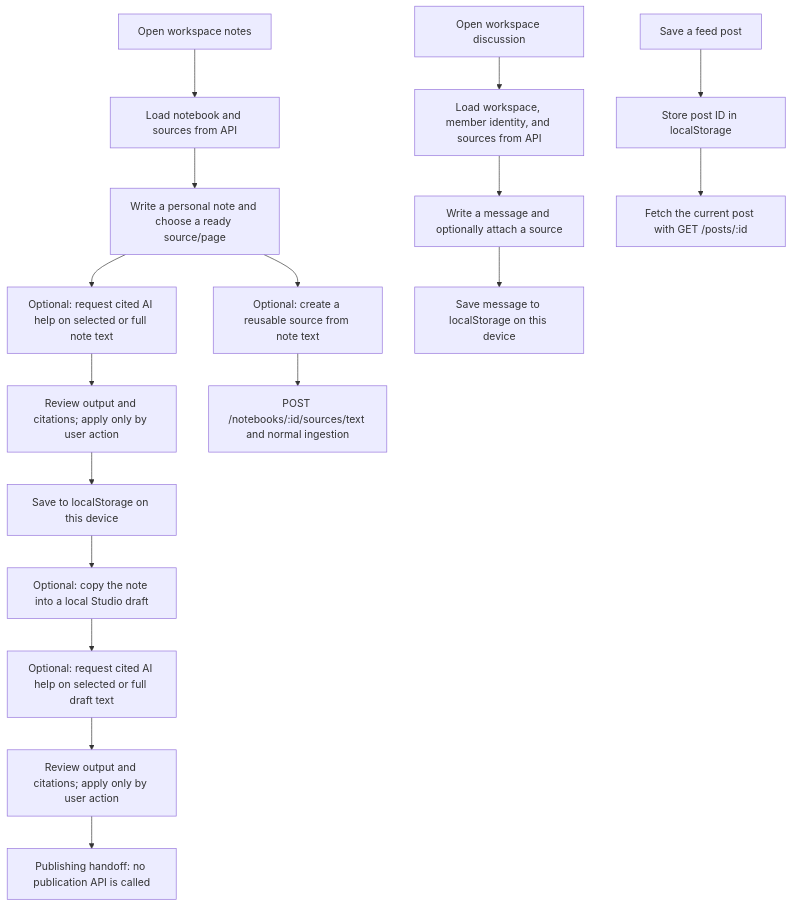
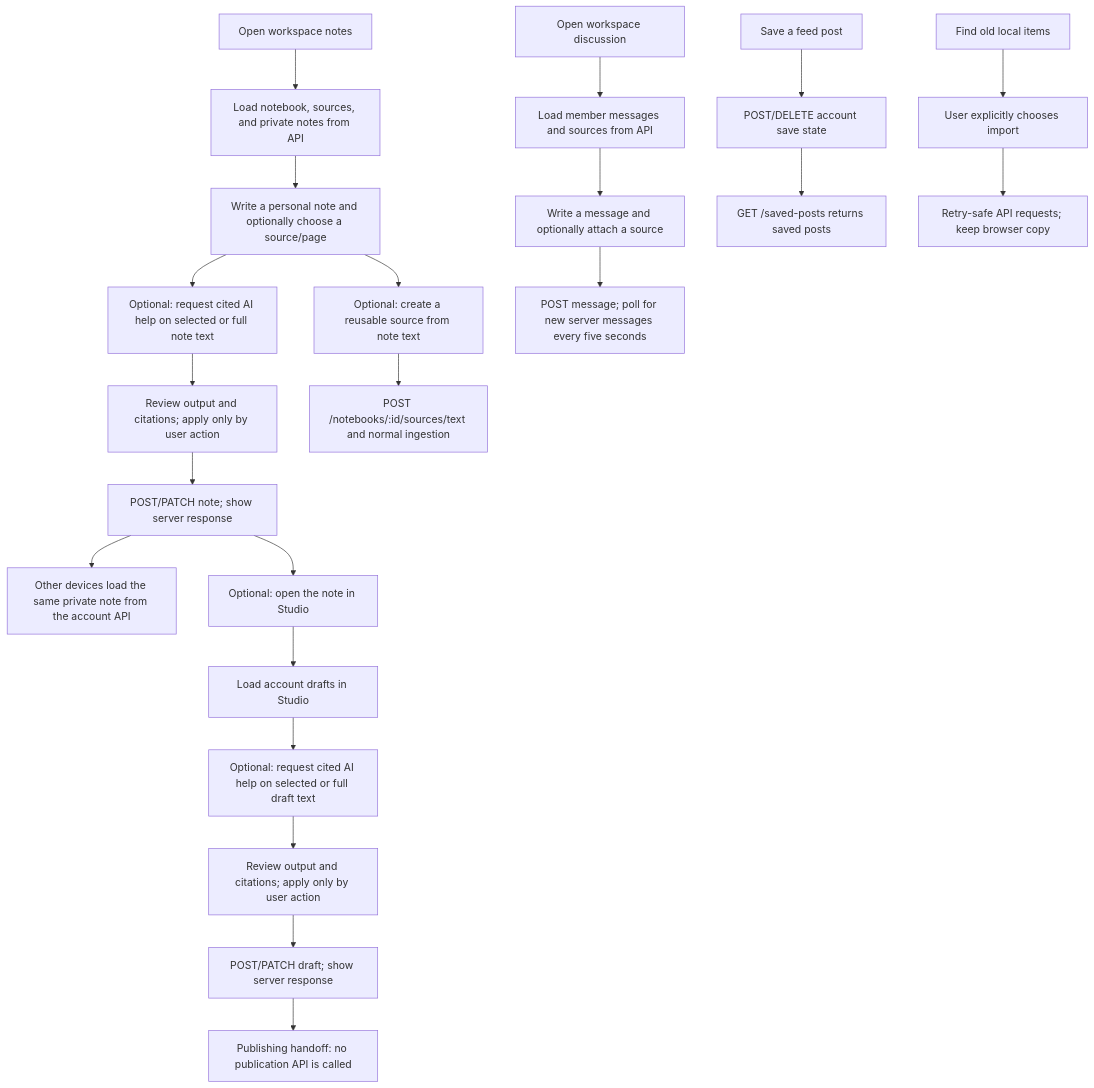
The diagram in docs/flows/frontend-local-handoffs.md (Sadamdi/deep-notes), drawn with Mermaid before and after one commit. The commit also changed other lines of this file and 117 other files, not shown here.

Commit message:
feat: complete Deep Notes server-backed learning flows

````diff
--- a/docs/flows/frontend-local-handoffs.md
+++ b/docs/flows/frontend-local-handoffs.md
@@ -5,19 +5,24 @@
 ```mermaid
 flowchart TD
-  A[Open workspace notes] --> B[Load notebook and sources from API]
-  B --> C[Write a personal note and choose a ready source/page]
+  A[Open workspace notes] --> B[Load notebook, sources, and private notes from API]
+  B --> C[Write a personal note and optionally choose a source/page]
   C --> M[Optional: request cited AI help on selected or full note text]
   M --> N[Review output and citations; apply only by user action]
-  N --> D[Save to localStorage on this device]
+  N --> D[POST/PATCH note; show server response]
+  D --> E[Other devices load the same private note from the account API]
   C --> O[Optional: create a reusable source from note text]
   O --> P[POST /notebooks/:id/sources/text and normal ingestion]
-  D --> E[Optional: copy the note into a local Studio draft]
-  F[Open workspace discussion] --> G[Load workspace, member identity, and sources from API]
-  G --> H[Write a message and optionally attach a source]
-  H --> I[Save message to localStorage on this device]
-  J[Save a feed post] --> K[Store post ID in localStorage]
-  K --> L[Fetch the current post with GET /posts/:id]
-  E --> Q[Optional: request cited AI help on selected or full draft text]
-  Q --> R[Review output and citations; apply only by user action]
-  R --> S[Publishing handoff: no publication API is called]
+  D --> F[Optional: open the note in Studio]
+  G[Open workspace discussion] --> H[Load member messages and sources from API]
+  H --> I[Write a message and optionally attach a source]
+  I --> J[POST message; poll for new server messages every five seconds]
+  K[Save a feed post] --> L[POST/DELETE account save state]
+  L --> M2[GET /saved-posts returns saved posts]
+  F --> Q[Load account drafts in Studio]
+  Q --> R[Optional: request cited AI help on selected or full draft text]
+  R --> S[Review output and citations; apply only by user action]
+  S --> T[POST/PATCH draft; show server response]
+  T --> U[Publishing handoff: no publication API is called]
+  V[Find old local items] --> W[User explicitly chooses import]
+  W --> X[Retry-safe API requests; keep browser copy]
 ```
````
